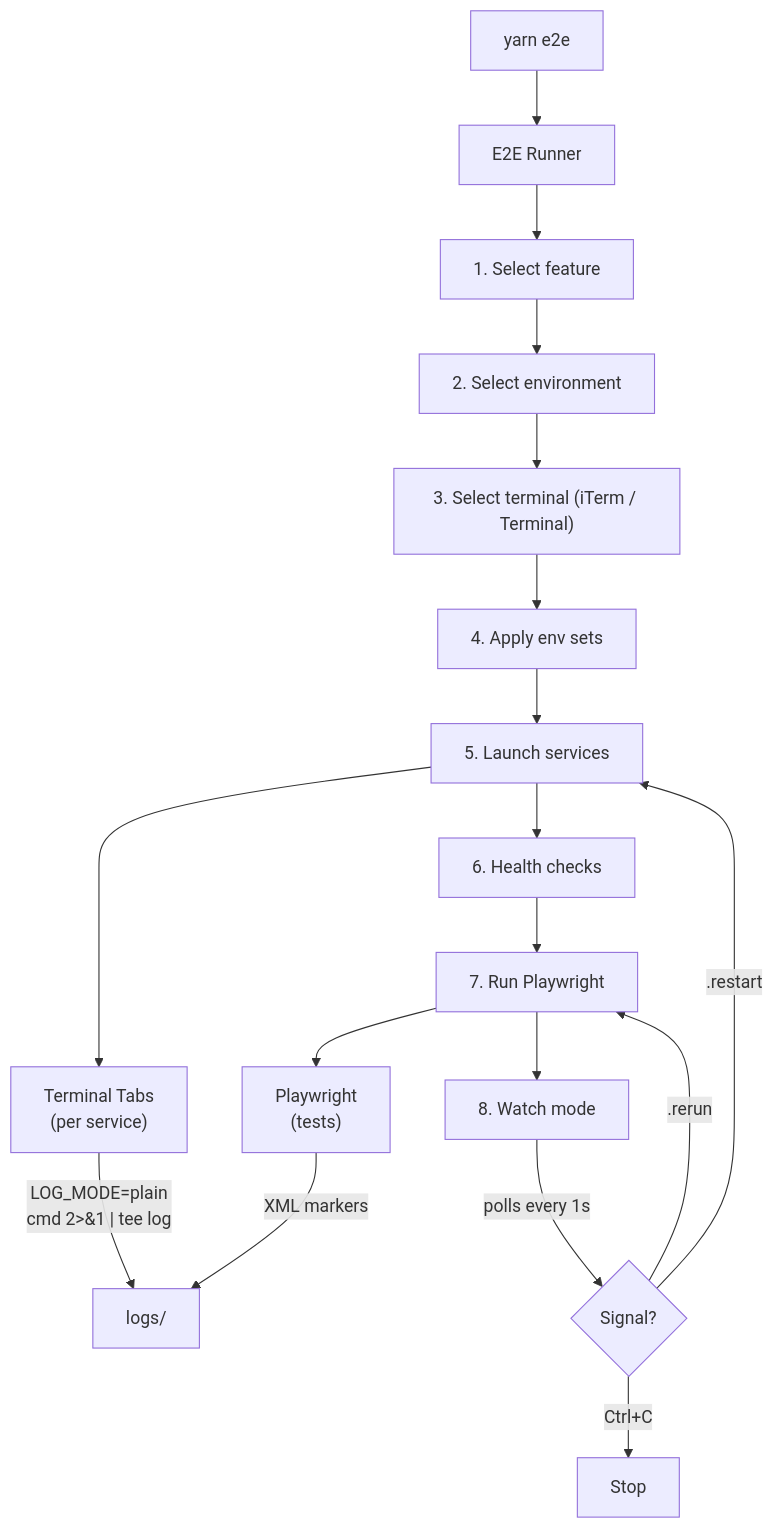
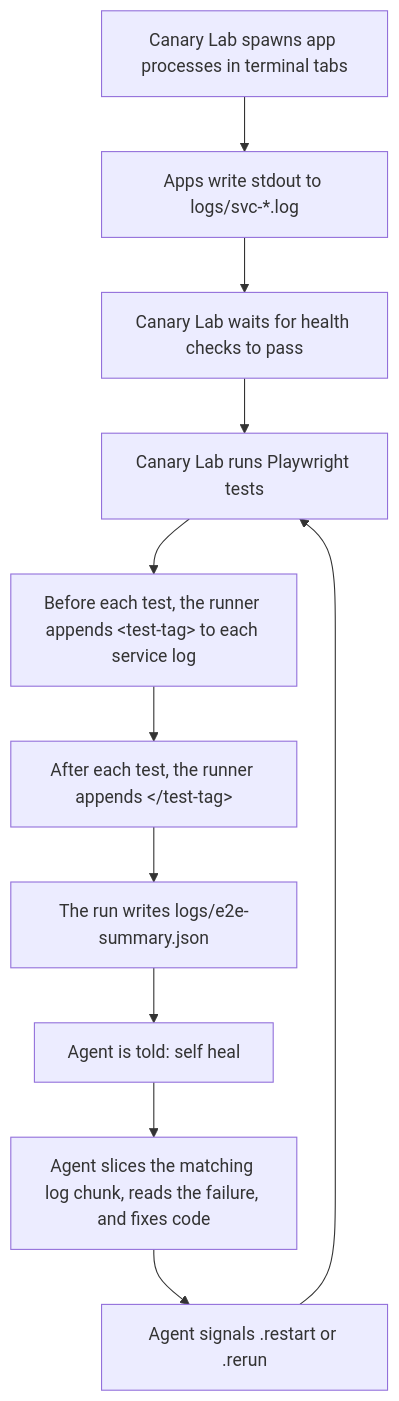
The diagram in README.md (ferterahadi/canary-lab), drawn with Mermaid before and after one commit. The commit also changed other lines of this file and 66 other files, not shown here.

````diff
--- a/README.md
+++ b/README.md
@@ -29,23 +126,13 @@
 ```mermaid
 flowchart TD
-    A[yarn e2e] --> B["E2E Runner"]
-    B --> B1["1. Select feature"]
-    B1 --> B2["2. Select environment"]
-    B2 --> B2b["3. Select terminal (iTerm / Terminal)"]
-    B2b --> B3["4. Apply env sets"]
-    B3 --> B4["5. Launch services"]
-    B4 --> B5["6. Health checks"]
-    B5 --> B6["7. Run Playwright"]
-    B6 --> B7["8. Watch mode"]
-
-    B4 --> C["Terminal Tabs\n(per service)"]
-    B6 --> D["Playwright\n(tests)"]
-
-    C -- "LOG_MODE=plain\ncmd 2>&1 | tee log" --> E["logs/"]
-    D -- "XML markers" --> E
-
-    B7 -- "polls every 1s" --> F{"Signal?"}
-    F -- ".rerun" --> B6
-    F -- ".restart" --> B4
-    F -- "Ctrl+C" --> G["Stop"]
+    A["Canary Lab spawns app processes in terminal tabs"] --> B["Apps write stdout to logs/svc-*.log"]
+    B --> C["Canary Lab waits for health checks to pass"]
+    C --> D["Canary Lab runs Playwright tests"]
+    D --> E["Before each test, the runner appends &lt;test-tag&gt; to each service log"]
+    E --> F["After each test, the runner appends &lt;/test-tag&gt;"]
+    F --> G["The run writes logs/e2e-summary.json"]
+    G --> H["Agent is told: self heal"]
+    H --> I["Agent slices the matching log chunk, reads the failure, and fixes code"]
+    I --> J["Agent signals .restart or .rerun"]
+    J --> D
 ```
````
